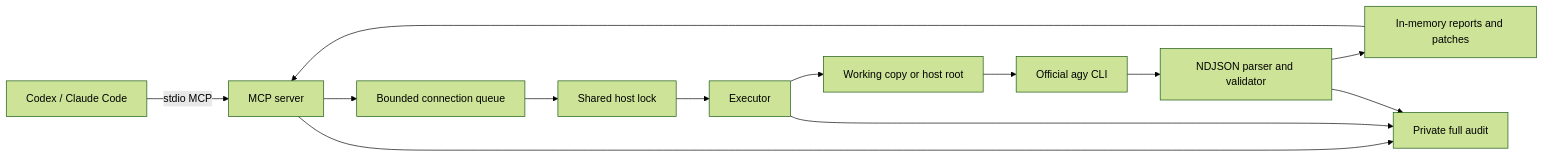
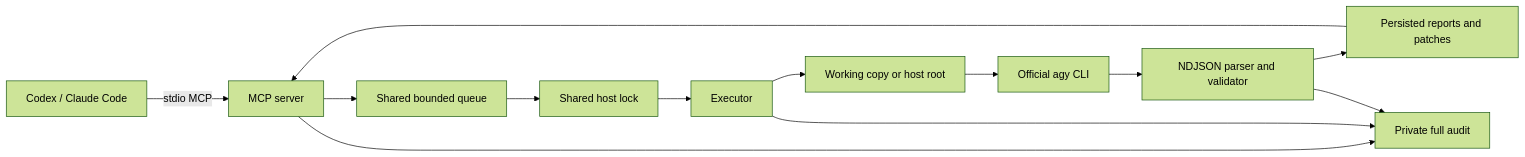
Before and after one commit to getio0909/antigravity-worker-mcp: the second of 2 diagrams in docs/RPD.md, drawn with Mermaid (forest theme). The commit also changed other lines of this file and 24 other files, not shown here.

````diff
--- a/docs/RPD.md
+++ b/docs/RPD.md
@@ -246,15 +248,15 @@
 ```mermaid
 flowchart LR
     C[Codex / Claude Code] -->|stdio MCP| M[MCP server]
-    M --> Q[Bounded connection queue]
+    M --> Q[Shared bounded queue]
     Q --> L[Shared host lock]
     L --> E[Executor]
     E --> S[Working copy or host root]
     S --> A[Official agy CLI]
     A --> P[NDJSON parser and validator]
-    P --> R[In-memory reports and patches]
+    P --> R[Persisted reports and patches]
     R --> M
     M --> D[Private full audit]
     E --> D
     P --> D
 ```
````
